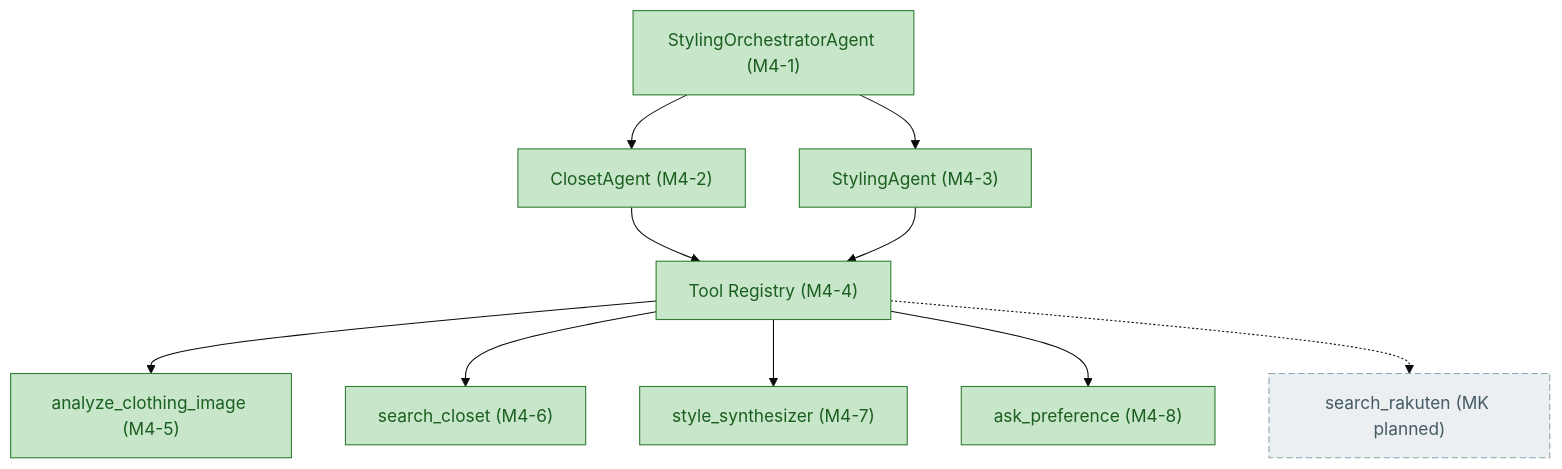
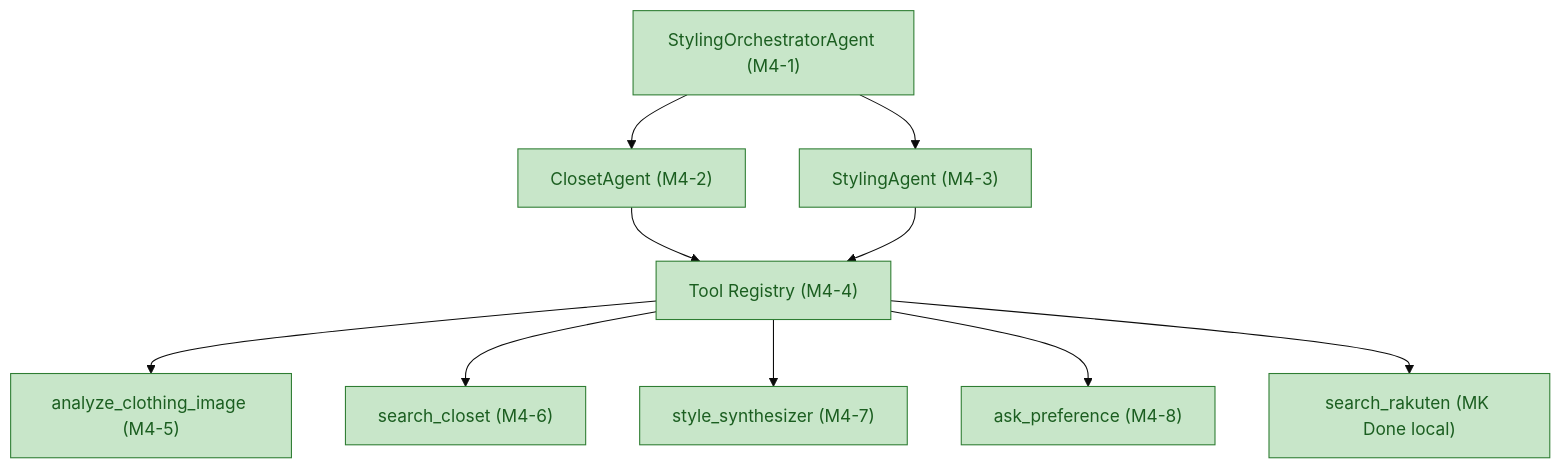
One commit to RanArino/gen-fashion changed the fourth of 8 diagrams in docs/architecture-overview.md. Above: the diagram before and after it, drawn with Mermaid (base theme). The commit also changed other lines of this file and 2 other files, not shown here.

First line of the commit message:
feat(mk-assisted-coordinate): implement Assisted Coordinate mode with Rakuten integration

````diff
--- a/docs/architecture-overview.md
+++ b/docs/architecture-overview.md
@@ -278,24 +284,22 @@
 ```mermaid
 flowchart TB
   orch["StylingOrchestratorAgent (M4-1)"]
   closet["ClosetAgent (M4-2)"]
   styling["StylingAgent (M4-3)"]
   reg["Tool Registry (M4-4)"]
   t1["analyze_clothing_image (M4-5)"]
   t2["search_closet (M4-6)"]
   t3["style_synthesizer (M4-7)"]
   t4["ask_preference (M4-8)"]
-  t5["search_rakuten (MK planned)"]
+  t5["search_rakuten (MK Done local)"]
 
   orch --> closet
   orch --> styling
   closet --> reg
   styling --> reg
-  reg --> t1 & t2 & t3 & t4
-  reg -.-> t5
+  reg --> t1 & t2 & t3 & t4 & t5
 
   classDef done fill:#c8e6c9,stroke:#2e7d32,color:#1b5e20;
   classDef todo fill:#eceff1,stroke:#90a4ae,color:#455a64,stroke-dasharray:6 3;
-  class orch,closet,styling,reg,t1,t2,t3,t4 done;
-  class t5 todo;
+  class orch,closet,styling,reg,t1,t2,t3,t4,t5 done;
 ```
````
